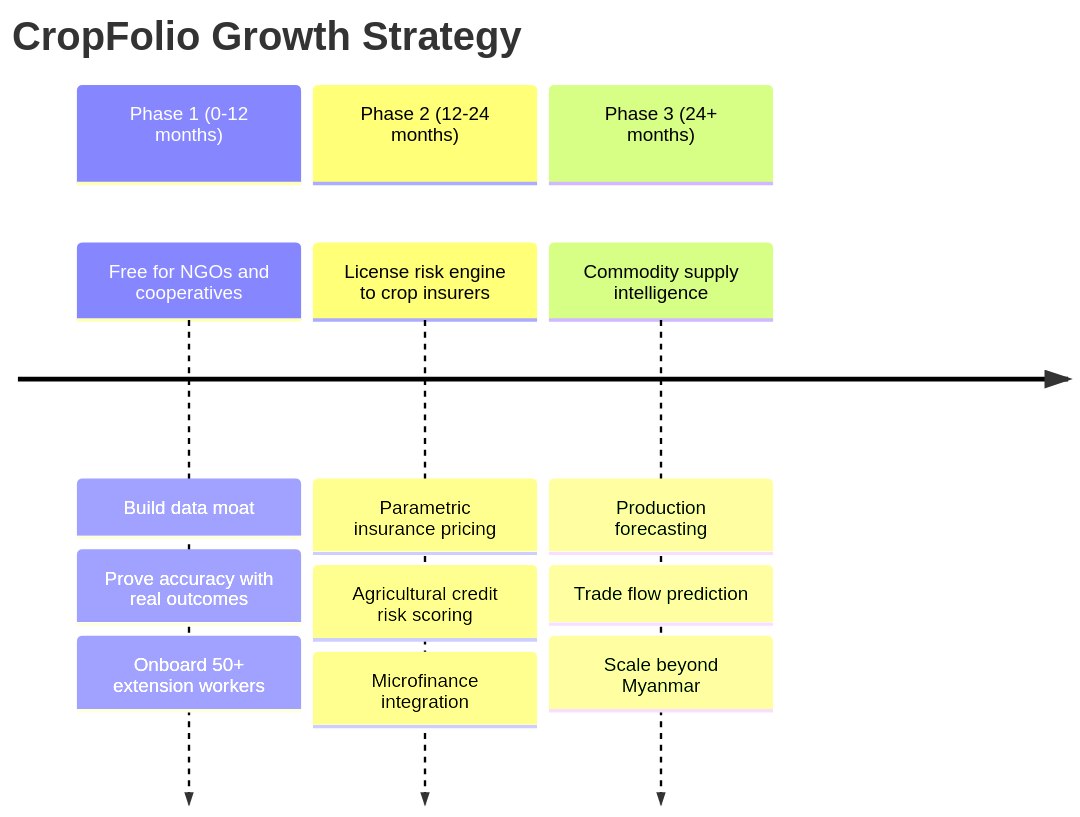
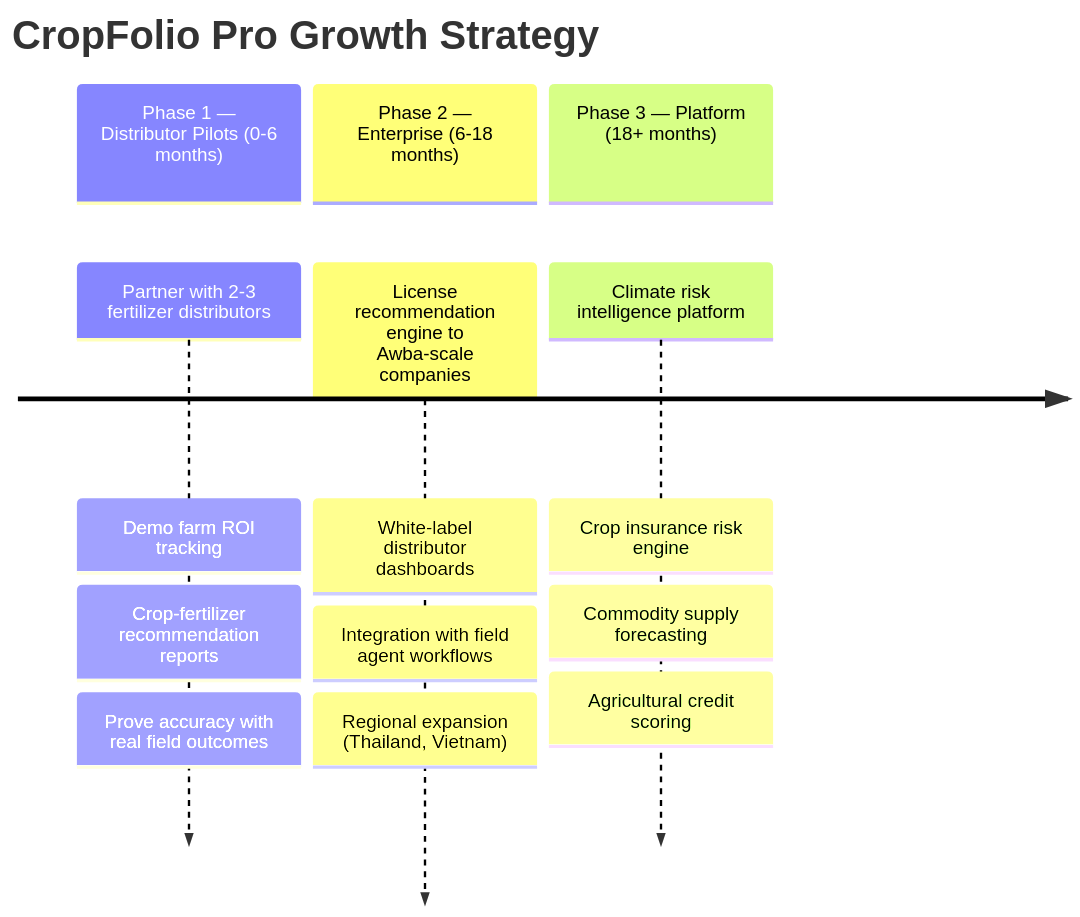
Before and after one commit to soneeee22000/CropFolio: the fourth of 4 diagrams in README.md, drawn with Mermaid. The commit also changed other lines of this file, not shown here.

First line of the commit message:
docs: update README for B2B pivot — new endpoints, architecture, limitations

````diff
--- a/README.md
+++ b/README.md
@@ -280,16 +345,16 @@
 ```mermaid
 timeline
-    title CropFolio Growth Strategy
-    section Phase 1 (0-12 months)
-        Free for NGOs and cooperatives : Build data moat
-        : Prove accuracy with real outcomes
-        : Onboard 50+ extension workers
-    section Phase 2 (12-24 months)
-        License risk engine to crop insurers : Parametric insurance pricing
-        : Agricultural credit risk scoring
-        : Microfinance integration
-    section Phase 3 (24+ months)
-        Commodity supply intelligence : Production forecasting
-        : Trade flow prediction
-        : Scale beyond Myanmar
+    title CropFolio Pro Growth Strategy
+    section Phase 1 — Distributor Pilots (0-6 months)
+        Partner with 2-3 fertilizer distributors : Demo farm ROI tracking
+        : Crop-fertilizer recommendation reports
+        : Prove accuracy with real field outcomes
+    section Phase 2 — Enterprise (6-18 months)
+        License recommendation engine to Awba-scale companies : White-label distributor dashboards
+        : Integration with field agent workflows
+        : Regional expansion (Thailand, Vietnam)
+    section Phase 3 — Platform (18+ months)
+        Climate risk intelligence platform : Crop insurance risk engine
+        : Commodity supply forecasting
+        : Agricultural credit scoring
 ```
````
